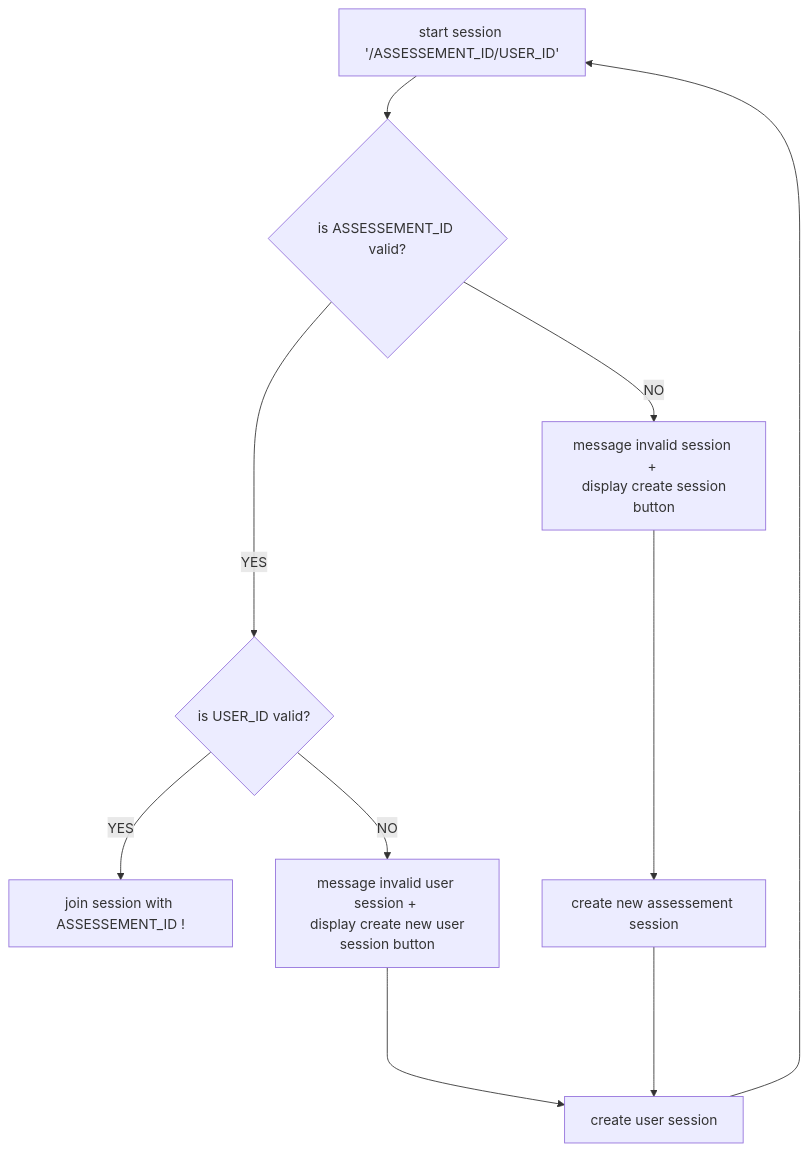
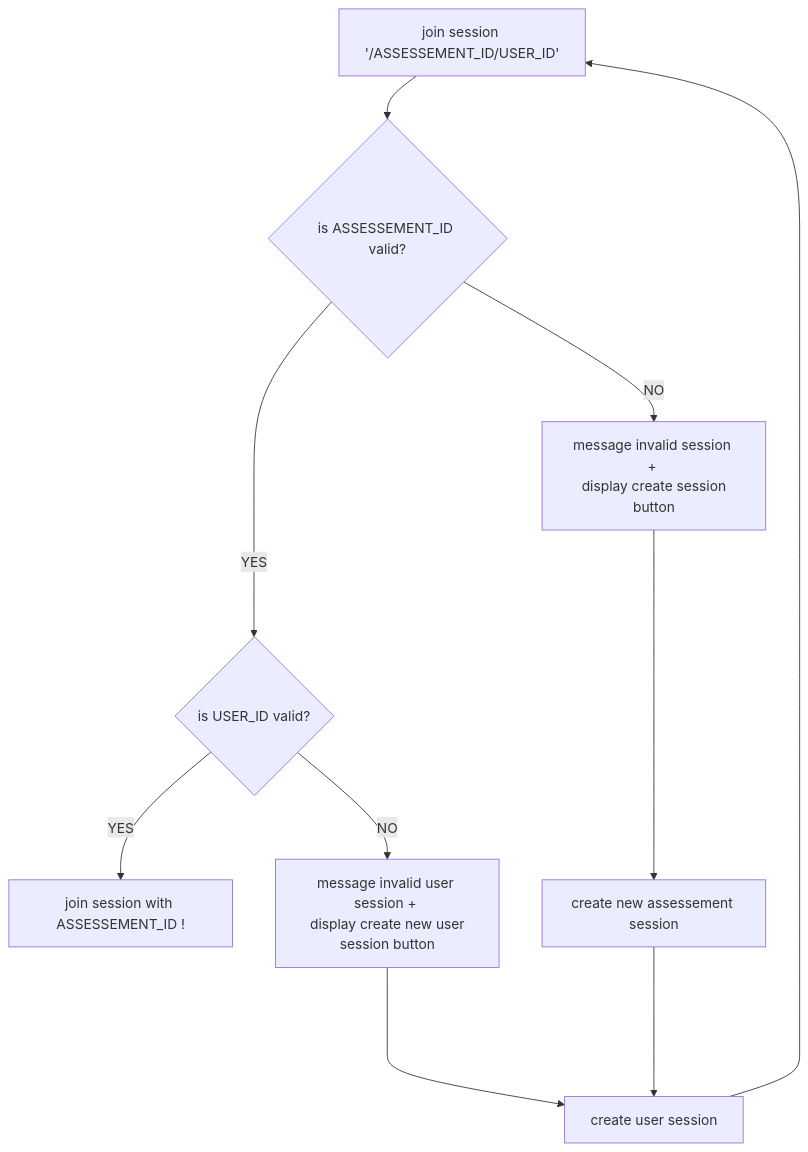
One commit to jdgemnt/jdgmnt changed the second of 2 diagrams in README.md. Above: the diagram before and after it, drawn with Mermaid.

````diff
--- a/README.md
+++ b/README.md
@@ -17,12 +17,12 @@
 ```mermaid
 flowchart TD
-  A[start session '/ASSESSEMENT_ID/USER_ID'] --> B{is ASSESSEMENT_ID valid?};
+  A[join session '/ASSESSEMENT_ID/USER_ID'] --> B{is ASSESSEMENT_ID valid?};
   B -- YES --> C{is USER_ID valid?};
   B -- NO --> E[message invalid session + \n display create session button];
   C -- YES --> D[join session with ASSESSEMENT_ID !];
   C -- NO --> F[message invalid user session + \n display create new user session button] ;
   F ----> G[create user session]
   G ----> A
   E ----> H[create new assessement session]
   H ----> G
 ```
````
